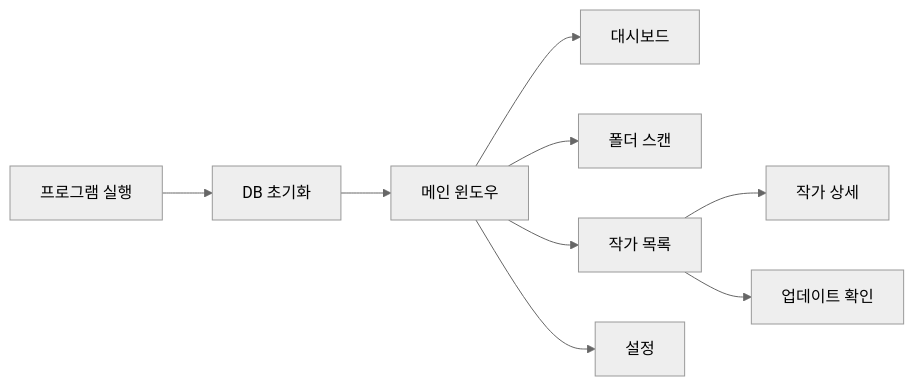
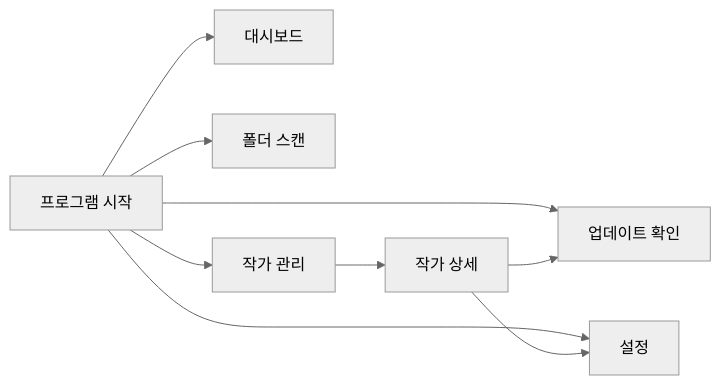
One commit to PKT0623/PixivLocalManager changed the first of 12 diagrams in docs/03_SYSTEM_FLOW.md. Above: the diagram before and after it, drawn with Mermaid (neutral theme). The commit also changed other lines of this file and 10 other files, not shown here.

````diff
--- a/docs/03_SYSTEM_FLOW.md
+++ b/docs/03_SYSTEM_FLOW.md
@@ -5,17 +5,15 @@
 ```mermaid
 flowchart LR
 
-START[프로그램 실행]
+START[프로그램 시작]
 
-START --> INIT[DB 초기화]
-
-INIT --> MAIN[메인 윈도우]
-
-MAIN --> DASHBOARD[대시보드]
-MAIN --> SCAN[폴더 스캔]
-MAIN --> ARTISTS[작가 목록]
-MAIN --> SETTINGS[설정]
+START --> DASHBOARD[대시보드]
+START --> SCAN[폴더 스캔]
+START --> ARTISTS[작가 관리]
+START --> UPDATE[업데이트 확인]
+START --> SETTINGS[설정]
 
 ARTISTS --> DETAIL[작가 상세]
-ARTISTS --> UPDATE[업데이트 확인]
+DETAIL --> UPDATE
+DETAIL --> SETTINGS
 ```
````
